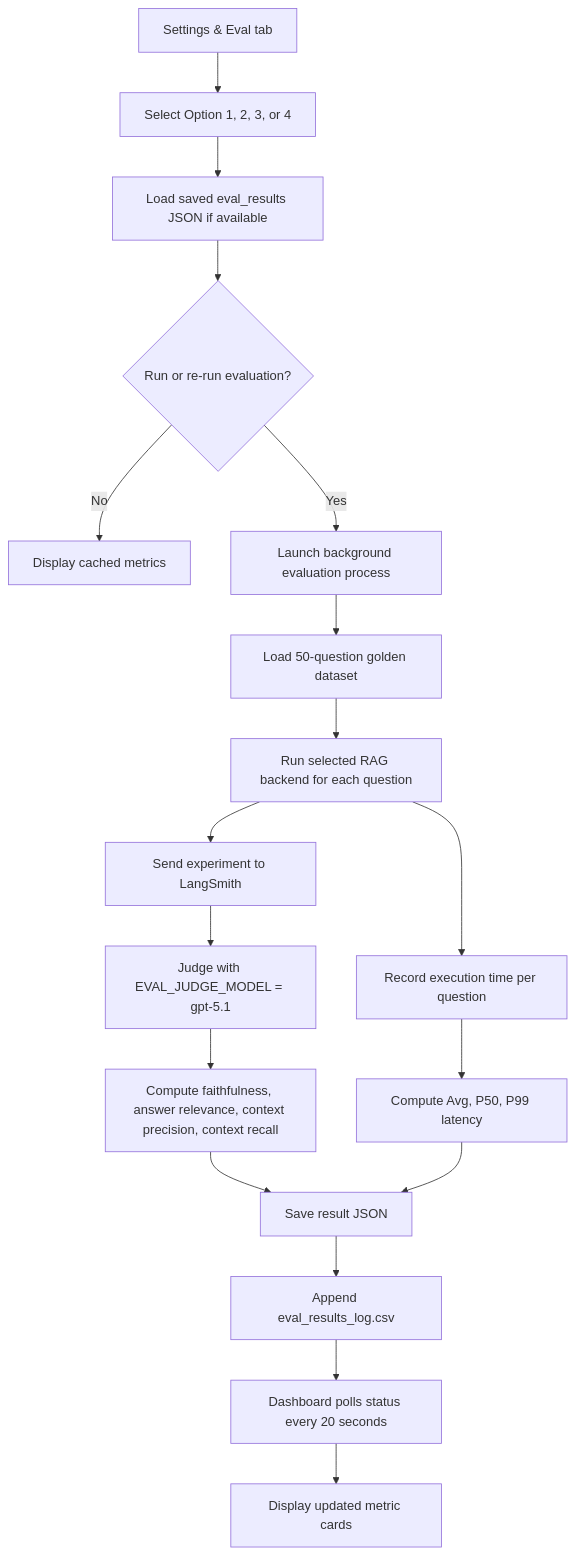
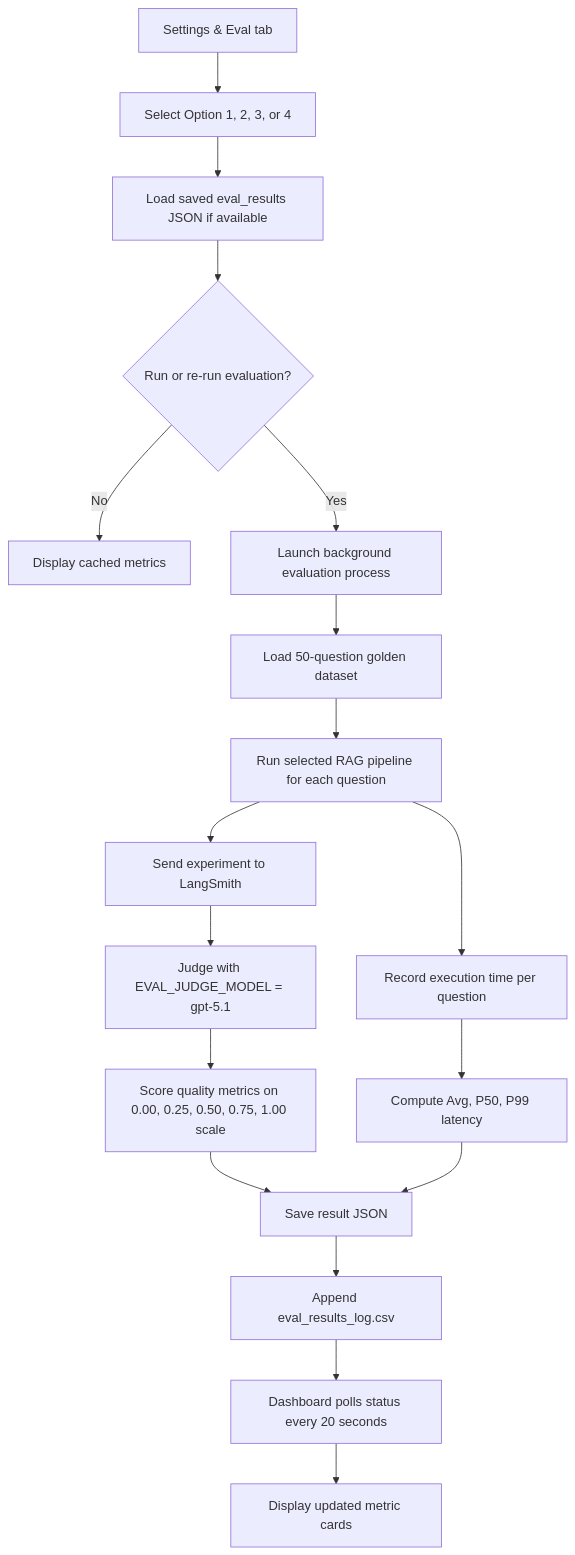
Before and after one commit to helsharif/cobb-county-code-rag-assistant: the second of 2 diagrams in FLOW_LOGIC.md, drawn with Mermaid. The commit also changed other lines of this file and 10 other files, not shown here.

````diff
--- a/FLOW_LOGIC.md
+++ b/FLOW_LOGIC.md
@@ -493,20 +598,20 @@
 ```mermaid
 flowchart TD
     A["Settings & Eval tab"] --> B["Select Option 1, 2, 3, or 4"]
     B --> C["Load saved eval_results JSON if available"]
     C --> D{"Run or re-run evaluation?"}
     D -->|No| E["Display cached metrics"]
     D -->|Yes| F["Launch background evaluation process"]
     F --> G["Load 50-question golden dataset"]
-    G --> H["Run selected RAG backend for each question"]
+    G --> H["Run selected RAG pipeline for each question"]
     H --> I["Send experiment to LangSmith"]
     I --> J["Judge with EVAL_JUDGE_MODEL = gpt-5.1"]
-    J --> K["Compute faithfulness, answer relevance, context precision, context recall"]
+    J --> K["Score quality metrics on 0.00, 0.25, 0.50, 0.75, 1.00 scale"]
     H --> L["Record execution time per question"]
     L --> M["Compute Avg, P50, P99 latency"]
     K --> N["Save result JSON"]
     M --> N
     N --> O["Append eval_results_log.csv"]
     O --> P["Dashboard polls status every 20 seconds"]
     P --> Q["Display updated metric cards"]
 ```
````
